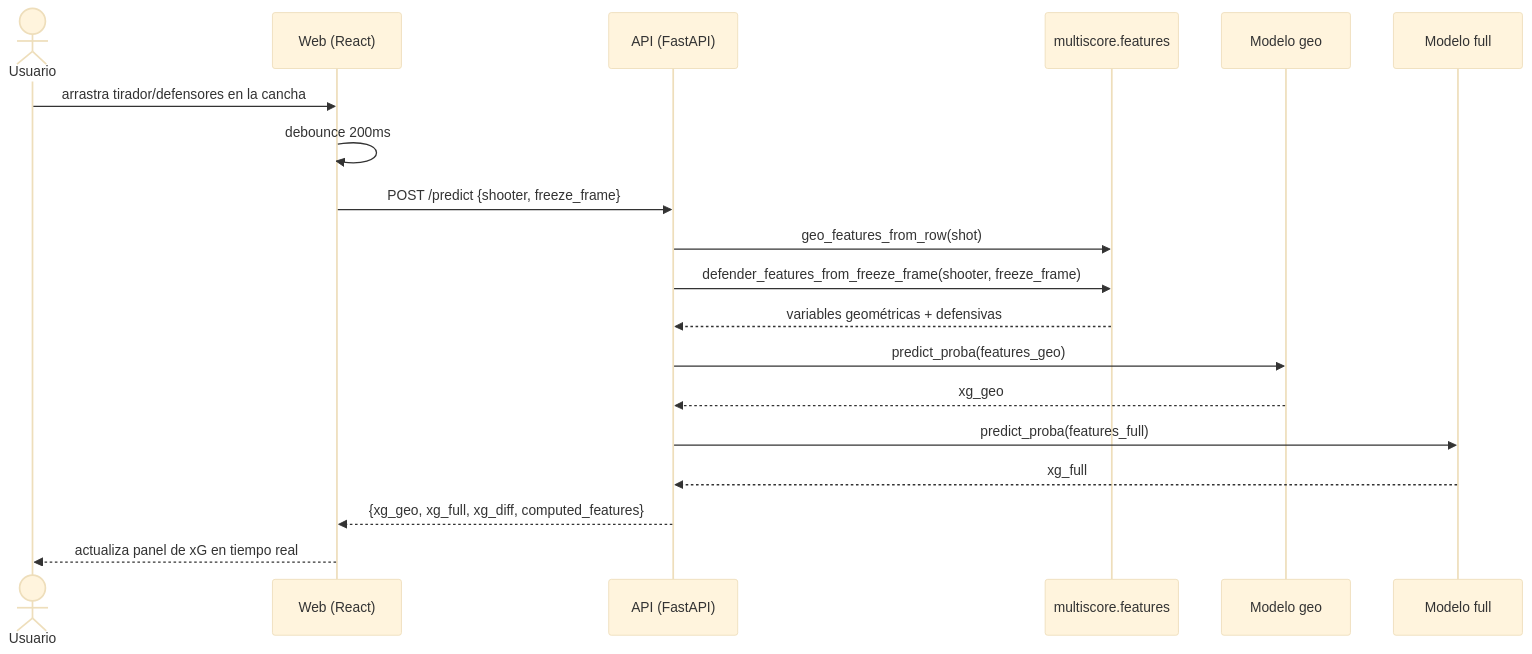
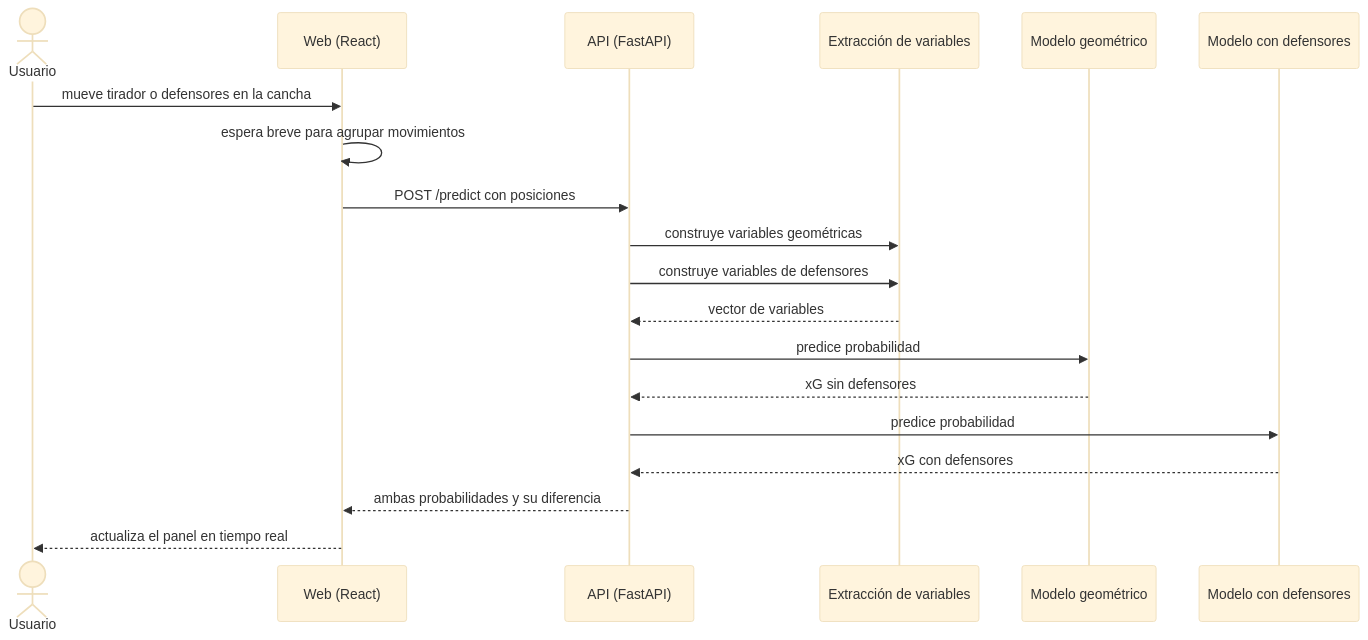
Before and after one commit to miguel-acha/MultiScore: the diagram in docs/diagrams/predict_sequence.mmd, drawn with Mermaid (base theme). The commit also changed 9 other files, not shown here.

First line of the commit message:
Update architecture diagrams for the report's Arquitectura y Diseño section

```diff
--- a/docs/diagrams/predict_sequence.mmd
+++ b/docs/diagrams/predict_sequence.mmd
@@ -1,21 +1,21 @@
-%% Secuencia de inferencia en vivo (simulador)
+%% Figura 4. Secuencia de inferencia en el simulador
 sequenceDiagram
     actor Usuario
     participant Web as Web (React)
     participant API as API (FastAPI)
-    participant Feat as multiscore.features
-    participant Mgeo as Modelo geo
-    participant Mfull as Modelo full
+    participant Feat as Extracción de variables
+    participant Mgeo as Modelo geométrico
+    participant Mfull as Modelo con defensores
 
-    Usuario->>Web: arrastra tirador/defensores en la cancha
-    Web->>Web: debounce 200ms
-    Web->>API: POST /predict {shooter, freeze_frame}
-    API->>Feat: geo_features_from_row(shot)
-    API->>Feat: defender_features_from_freeze_frame(shooter, freeze_frame)
-    Feat-->>API: variables geométricas + defensivas
-    API->>Mgeo: predict_proba(features_geo)
-    Mgeo-->>API: xg_geo
-    API->>Mfull: predict_proba(features_full)
-    Mfull-->>API: xg_full
-    API-->>Web: {xg_geo, xg_full, xg_diff, computed_features}
-    Web-->>Usuario: actualiza panel de xG en tiempo real
+    Usuario->>Web: mueve tirador o defensores en la cancha
+    Web->>Web: espera breve para agrupar movimientos
+    Web->>API: POST /predict con posiciones
+    API->>Feat: construye variables geométricas
+    API->>Feat: construye variables de defensores
+    Feat-->>API: vector de variables
+    API->>Mgeo: predice probabilidad
+    Mgeo-->>API: xG sin defensores
+    API->>Mfull: predice probabilidad
+    Mfull-->>API: xG con defensores
+    API-->>Web: ambas probabilidades y su diferencia
+    Web-->>Usuario: actualiza el panel en tiempo real
```
